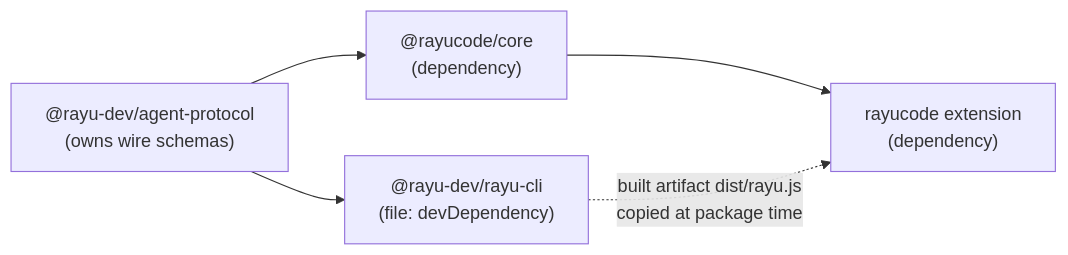
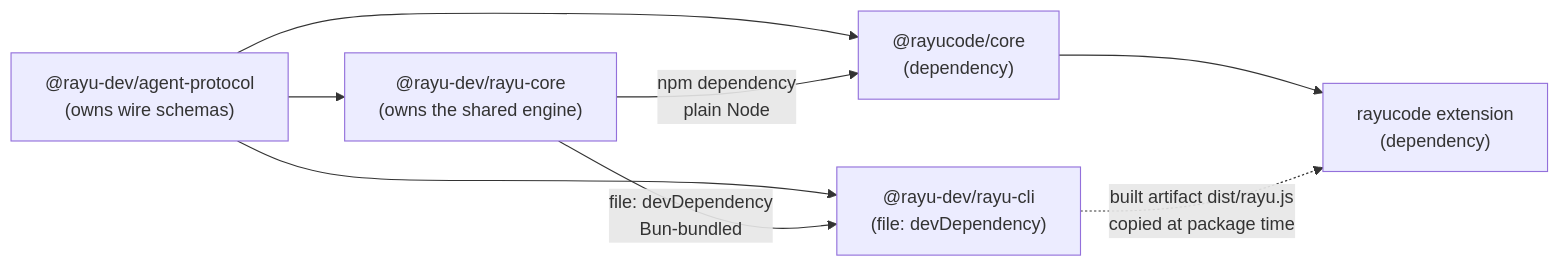
Before and after one commit to Choeng-Rayu/rayu-cli: the diagram in WORKSPACE.md, drawn with Mermaid. The commit also changed other lines of this file and 286 other files, not shown here.

````diff
--- a/WORKSPACE.md
+++ b/WORKSPACE.md
@@ -61,8 +83,12 @@
 ```mermaid
 graph LR
   AP["@rayu-dev/agent-protocol<br/>(owns wire schemas)"]
+  CORE2["@rayu-dev/rayu-core<br/>(owns the shared engine)"]
+  AP --> CORE2
   AP --> RAYU["@rayu-dev/rayu-cli<br/>(file: devDependency)"]
   AP --> CORE["@rayucode/core<br/>(dependency)"]
+  CORE2 -->|"file: devDependency<br/>Bun-bundled"| RAYU
+  CORE2 -->|"npm dependency<br/>plain Node"| CORE
   CORE --> VSC["rayucode extension<br/>(dependency)"]
   RAYU -.->|"built artifact dist/rayu.js<br/>copied at package time"| VSC
 ```
````
